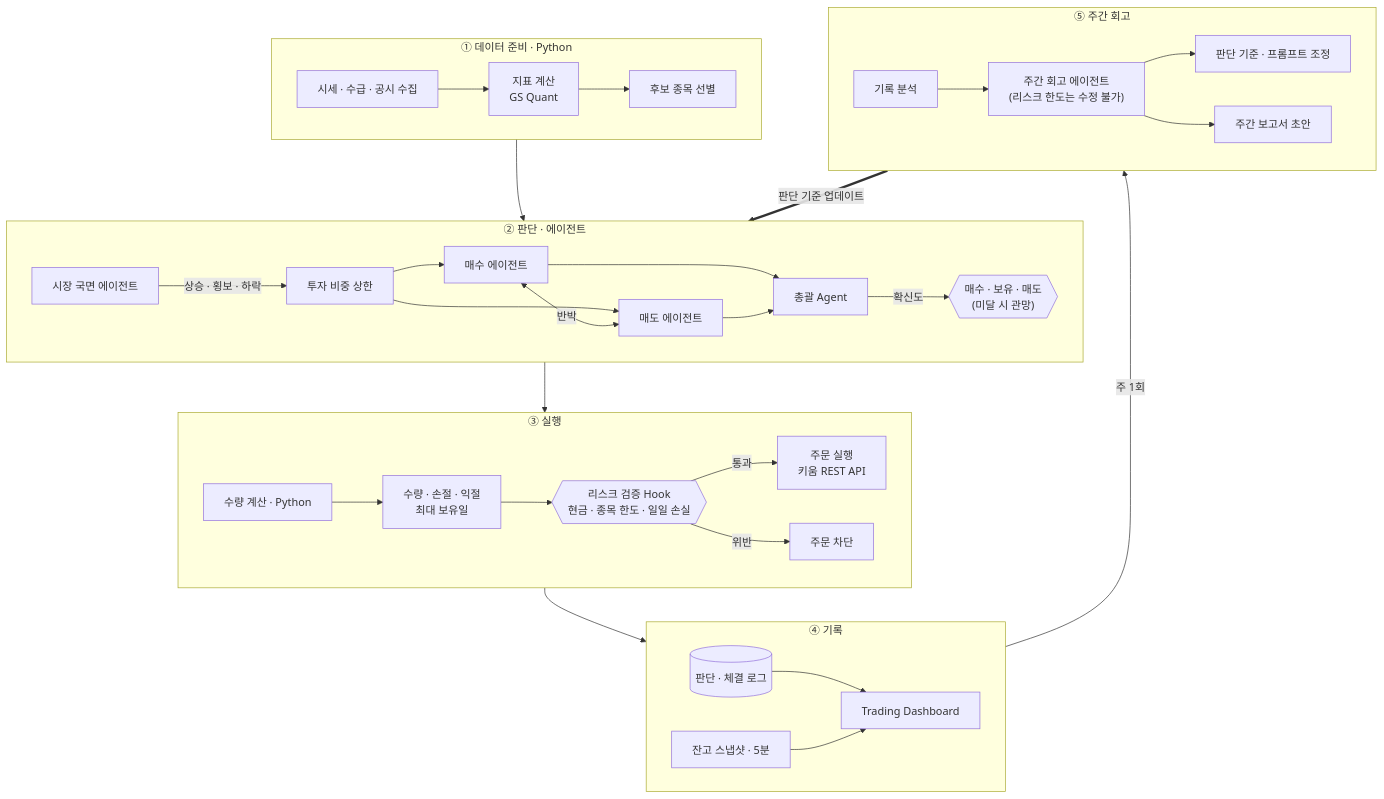
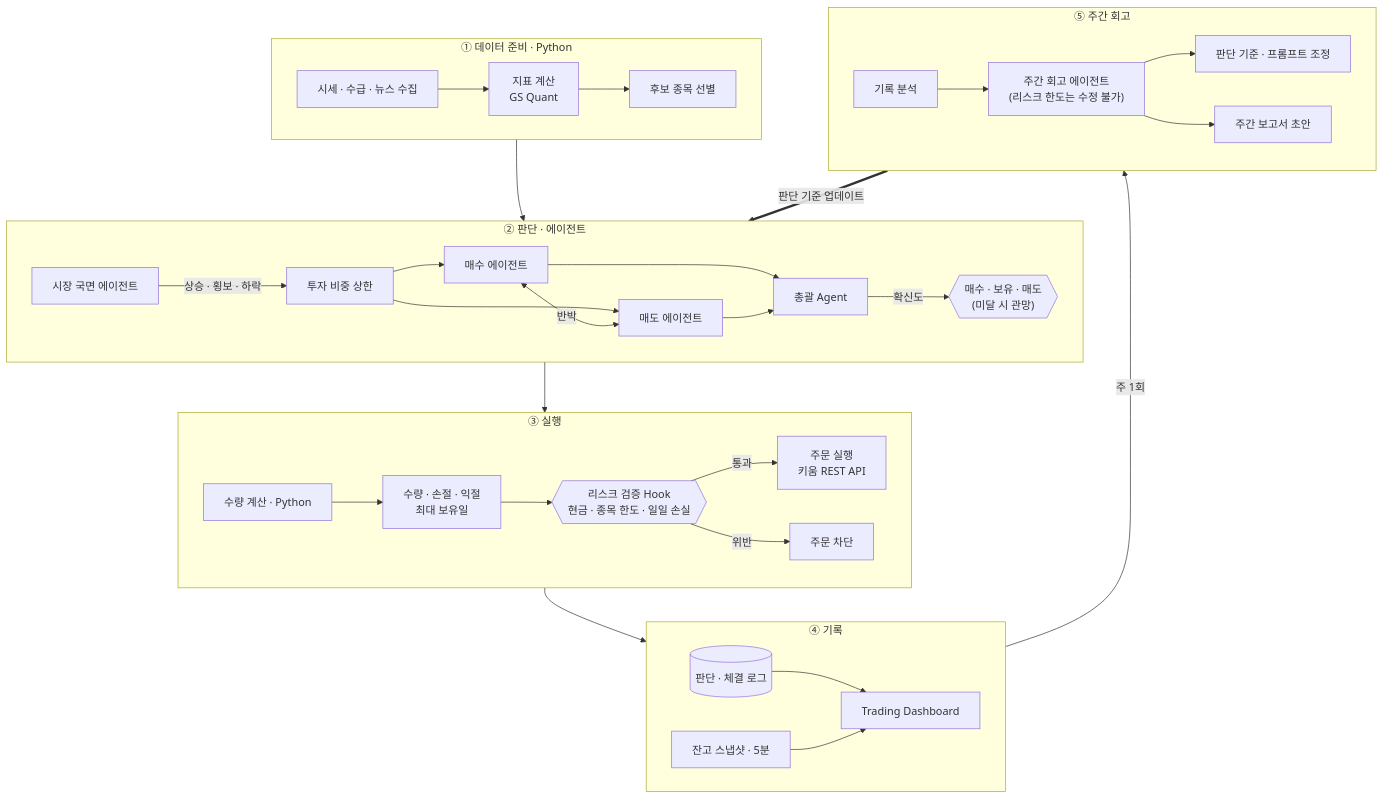
The diagram in README.ko.md (isopink/hynix-298f), drawn with Mermaid before and after one commit. The commit also changed other lines of this file and 3 other files, not shown here.

````diff
--- a/README.ko.md
+++ b/README.ko.md
@@ -51,37 +51,37 @@
 ```mermaid
 flowchart TB
     subgraph S1["① 데이터 준비 · Python"]
         direction LR
-        A1["시세 · 수급 · 공시 수집"] --> A2["지표 계산<br/>GS Quant"] --> A3["후보 종목 선별"]
+        A1["시세 · 수급 · 뉴스 수집"] --> A2["지표 계산<br/>GS Quant"] --> A3["후보 종목 선별"]
     end
     subgraph S2["② 판단 · 에이전트"]
         direction LR
         B1["시장 국면 에이전트"] -->|상승 · 횡보 · 하락| B2["투자 비중 상한"]
         B2 --> C1["매수 에이전트"]
         B2 --> C2["매도 에이전트"]
         C1 <-->|반박| C2
         C1 --> E1["총괄 Agent"]
         C2 --> E1
         E1 -->|확신도| E2{{"매수 · 보유 · 매도<br/>(미달 시 관망)"}}
     end
     subgraph S3["③ 실행"]
         direction LR
         F1["수량 계산 · Python"] --> F2["수량 · 손절 · 익절<br/>최대 보유일"] --> G{{"리스크 검증 Hook<br/>현금 · 종목 한도 · 일일 손실"}}
         G -->|통과| H["주문 실행<br/>키움 REST API"]
         G -->|위반| X["주문 차단"]
     end
     subgraph S4["④ 기록"]
         direction LR
         I[("판단 · 체결 로그")] --> K["Trading Dashboard"]
         L["잔고 스냅샷 · 5분"] --> K
     end
     subgraph S5["⑤ 주간 회고"]
         direction LR
         J1["기록 분석"] --> J2["주간 회고 에이전트<br/>(리스크 한도는 수정 불가)"]
         J2 --> J3["판단 기준 · 프롬프트 조정"]
         J2 --> J4["주간 보고서 초안"]
     end
     S1 --> S2 --> S3 --> S4
     S4 -->|주 1회| S5
     S5 == "판단 기준 업데이트" ==> S2
 ```
````
